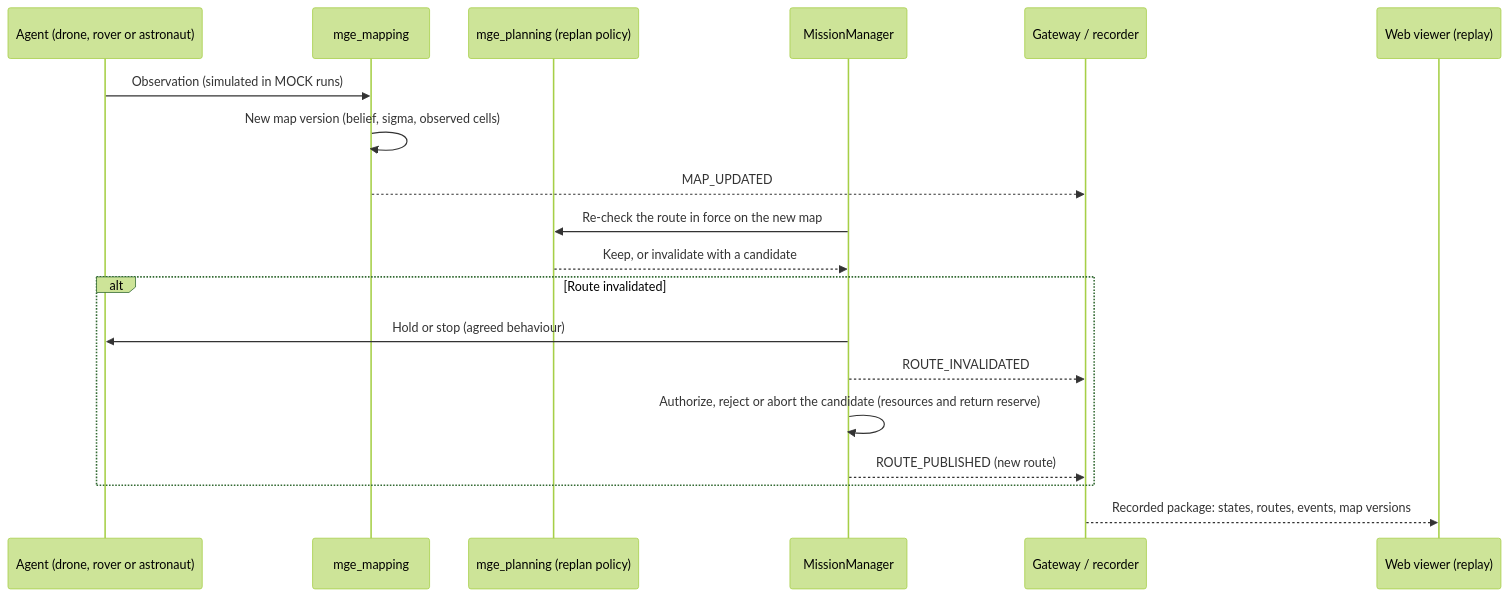
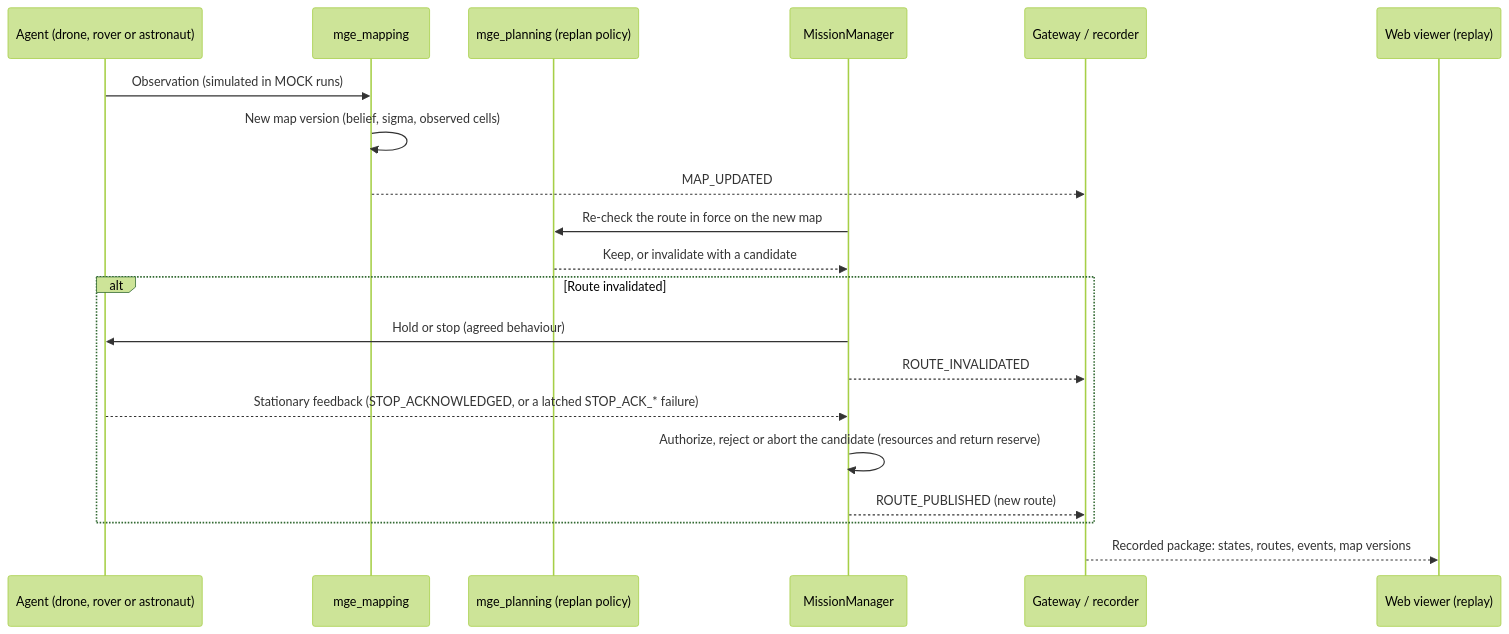
One commit to jorgefajardom-coder/NASA-GODS-EYE- changed the second of 4 diagrams in README.md. Above: the diagram before and after it, drawn with Mermaid (forest theme). The commit also changed other lines of this file, not shown here.

````diff
--- a/README.md
+++ b/README.md
@@ -264,21 +321,22 @@
 ```mermaid
 sequenceDiagram
     participant A as Agent (drone, rover or astronaut)
     participant M as mge_mapping
     participant P as mge_planning (replan policy)
     participant MM as MissionManager
     participant G as Gateway / recorder
     participant V as Web viewer (replay)
     A->>M: Observation (simulated in MOCK runs)
     M->>M: New map version (belief, sigma, observed cells)
     M-->>G: MAP_UPDATED
     MM->>P: Re-check the route in force on the new map
     P-->>MM: Keep, or invalidate with a candidate
     alt Route invalidated
         MM->>A: Hold or stop (agreed behaviour)
         MM-->>G: ROUTE_INVALIDATED
+        A-->>MM: Stationary feedback (STOP_ACKNOWLEDGED, or a latched STOP_ACK_* failure)
         MM->>MM: Authorize, reject or abort the candidate (resources and return reserve)
         MM-->>G: ROUTE_PUBLISHED (new route)
     end
     G-->>V: Recorded package: states, routes, events, map versions
 ```
````
